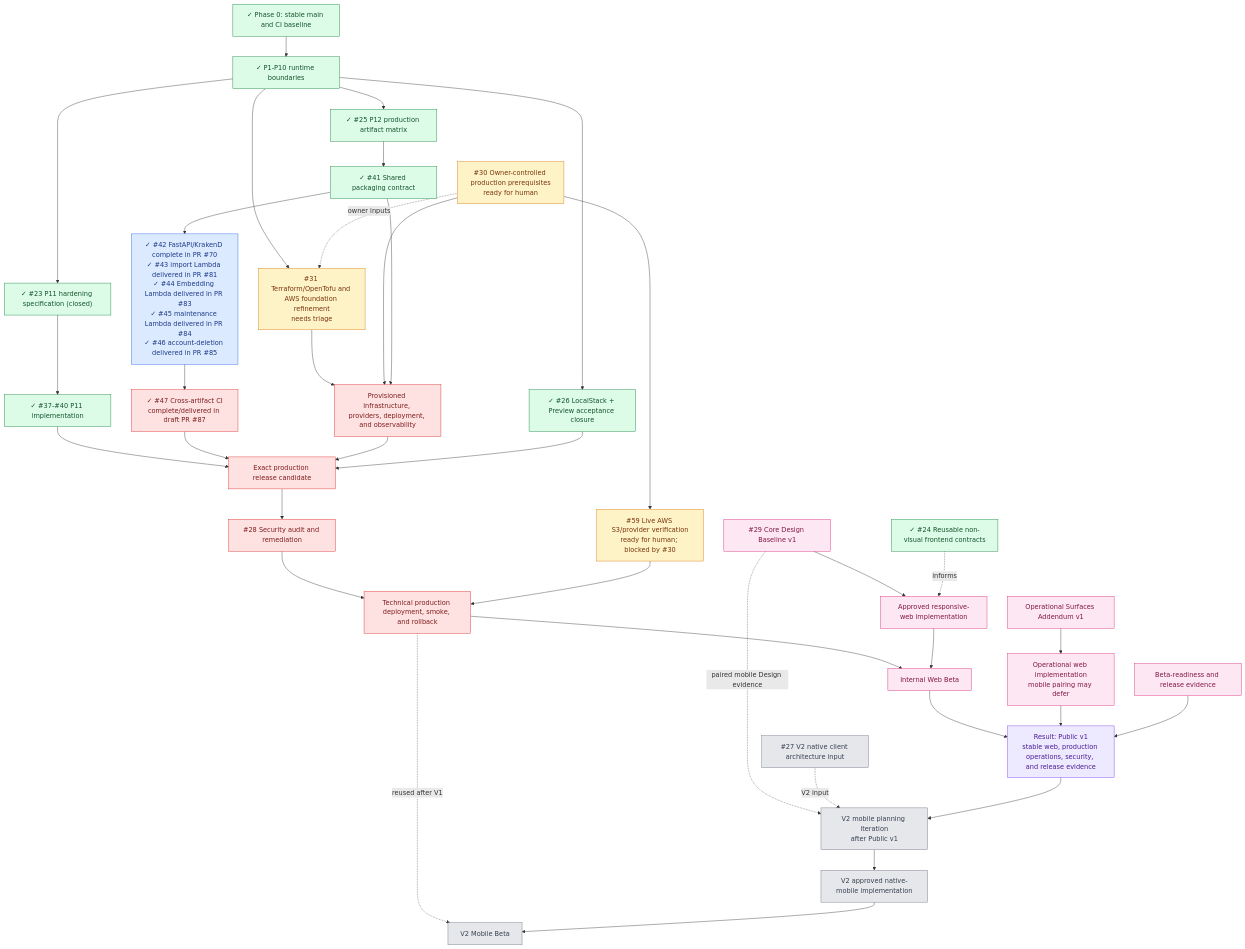
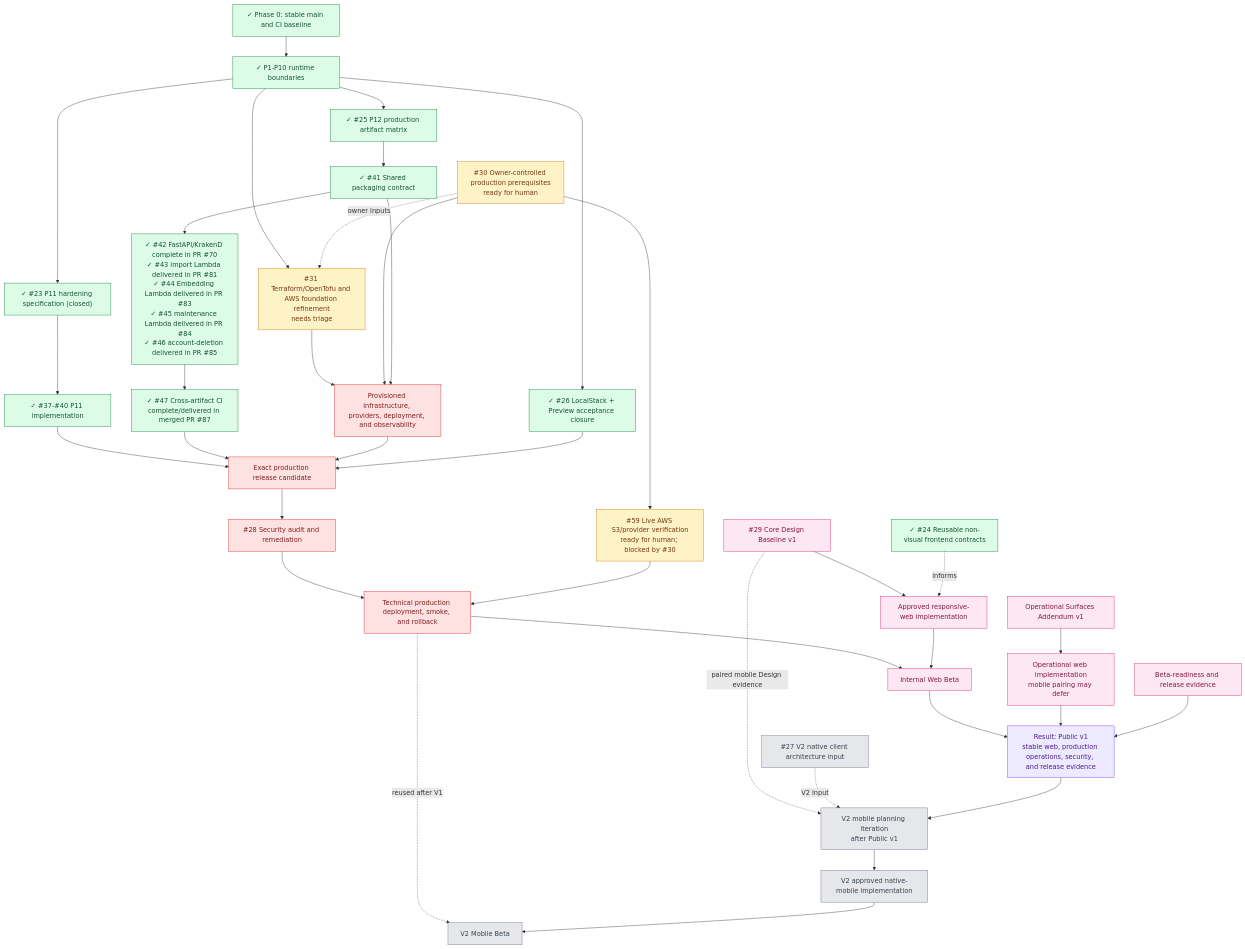
Before and after one commit to starkovalera/recipe-manager: the third of 3 diagrams in docs/roadmap.md, drawn with Mermaid. The commit also changed other lines of this file and 12 other files, not shown here.

First line of the commit message:
docs: reconcile roadmap and tracker drift (#99)

```diff
--- a/docs/roadmap.md
+++ b/docs/roadmap.md
@@ -215,7 +217,7 @@
   p12Spec["✓ #25 P12 production artifact matrix"]
   p12Shared["✓ #41 Shared packaging contract"]
   p12Artifacts["✓ #42 FastAPI/KrakenD complete in PR #70<br/>✓ #43 import Lambda delivered in PR #81<br/>✓ #44 Embedding Lambda delivered in PR #83<br/>✓ #45 maintenance Lambda delivered in PR #84<br/>✓ #46 account-deletion delivered in PR #85"]
-  p12Ci["✓ #47 Cross-artifact CI<br/>complete/delivered in draft PR #87"]
+  p12Ci["✓ #47 Cross-artifact CI<br/>complete/delivered in merged PR #87"]
   localstack["✓ #26 LocalStack + Preview acceptance closure"]
   liveAws["#59 Live AWS S3/provider verification<br/>ready for human; blocked by #30"]
   frontendAudit["✓ #24 Reusable non-visual frontend contracts"]
@@ -288,8 +290,7 @@
 
   class phase0,runtime complete
   class p11,p11Implementation,p12Spec,p12Shared,localstack,frontendAudit complete
-  class p12Artifacts ready
-  class p12Ci blocked
+  class p12Artifacts,p12Ci complete
   class liveAws,infraRefine,owner refine
   class infra,candidate,security,technical blocked
   class design,web,webBeta,designOps,ops,beta gated
```
